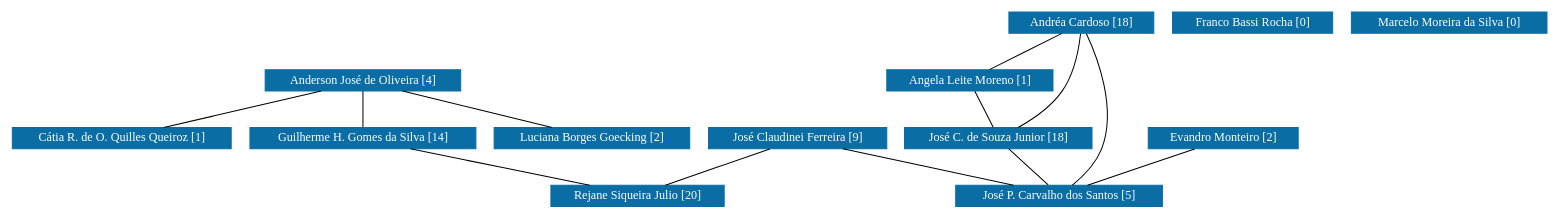
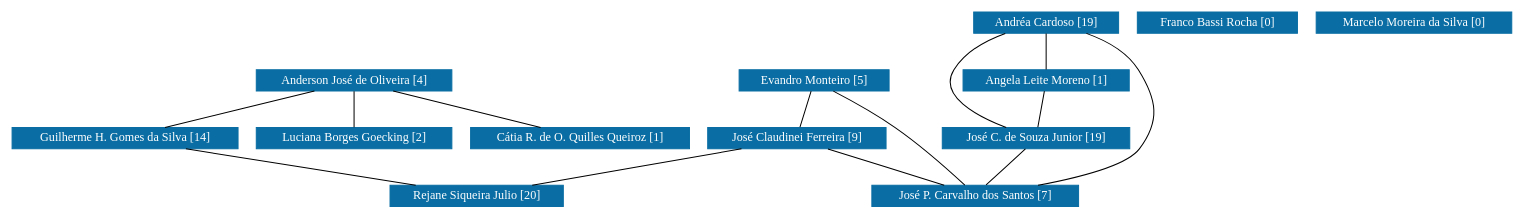
The diagram in dm/grafoDeColaboracoesSemPesos.dot (icamps/unifal-lattes.github.io), drawn with Graphviz before and after one commit. The commit also changed 868 other files, not shown here.

```diff
--- a/dm/grafoDeColaboracoesSemPesos.dot
+++ b/dm/grafoDeColaboracoesSemPesos.dot
@@ -1,114 +1,115 @@
 strict graph grafo1 {
-	graph [bb="0,0,1255.5,192",
+	graph [bb="0,0,1235.5,192",
 		id=grafo1,
 		overlap=False
 	];
 	node [fontsize=12,
 		label="\N",
 		shape=rectangle,
 		style=filled
 	];
 	0	 [URL="membro-1349156075777095.html",
 		color="#0A6EA4",
 		fontcolor="#FFFFFF",
 		height=0.29167,
 		label="Anderson José de Oliveira [4]",
-		pos="288.5,124.5",
+		pos="280.5,124.5",
 		width=2.1944];
 	3	 [URL="membro-0061488493893247.html",
 		color="#0A6EA4",
 		fontcolor="#FFFFFF",
 		height=0.29167,
 		label="Cátia R. de O. Quilles Queiroz [1]",
-		pos="89.5,67.5",
+		pos="467.5,67.5",
 		width=2.4861];
-	0 -- 3	 [pos="251.54,113.91 215.79,103.67 161.94,88.25 126.27,78.031"];
+	0 -- 3	 [pos="315.24,113.91 348.82,103.67 399.43,88.25 432.95,78.031"];
 	6	 [URL="membro-5817829882396943.html",
 		color="#0A6EA4",
 		fontcolor="#FFFFFF",
 		height=0.29167,
 		label="Guilherme H. Gomes da Silva [14]",
-		pos="288.5,67.5",
+		pos="91.5,67.5",
 		width=2.5417];
-	0 -- 6	 [pos="288.5,113.78 288.5,103.59 288.5,88.348 288.5,78.173"];
+	0 -- 6	 [pos="245.39,113.91 211.45,103.67 160.3,88.25 126.42,78.031"];
 	10	 [URL="membro-4139948635593421.html",
 		color="#0A6EA4",
 		fontcolor="#FFFFFF",
 		height=0.29167,
 		label="Luciana Borges Goecking [2]",
-		pos="477.5,67.5",
+		pos="280.5,67.5",
 		width=2.1944];
-	0 -- 10	 [pos="323.61,113.91 357.55,103.67 408.7,88.25 442.58,78.031"];
+	0 -- 10	 [pos="280.5,113.78 280.5,103.59 280.5,88.348 280.5,78.173"];
 	12	 [URL="membro-1798884495942862.html",
 		color="#0A6EA4",
 		fontcolor="#FFFFFF",
 		height=0.29167,
 		label="Rejane Siqueira Julio [20]",
-		pos="517.5,10.5",
+		pos="385.5,10.5",
 		width=1.9306];
-	6 -- 12	 [pos="330.77,56.979 371.87,46.75 433.95,31.297 475.09,21.056"];
+	6 -- 12	 [pos="145.77,56.979 198.53,46.75 278.23,31.297 331.05,21.056"];
 	1	 [URL="membro-6016565950437007.html",
 		color="#0A6EA4",
 		fontcolor="#FFFFFF",
 		height=0.29167,
-		label="Andréa Cardoso [18]",
-		pos="878.5,181.5",
+		label="Andréa Cardoso [19]",
+		pos="858.5,181.5",
 		width=1.625];
 	2	 [URL="membro-5106302431642025.html",
 		color="#0A6EA4",
 		fontcolor="#FFFFFF",
 		height=0.29167,
 		label="Angela Leite Moreno [1]",
-		pos="782.5,124.5",
+		pos="858.5,124.5",
 		width=1.875];
-	1 -- 2	 [pos="860.44,170.78 843.28,160.59 817.61,145.35 800.48,135.17"];
+	1 -- 2	 [pos="858.5,170.78 858.5,160.59 858.5,145.35 858.5,135.17"];
 	7	 [URL="membro-1690570104837528.html",
 		color="#0A6EA4",
 		fontcolor="#FFFFFF",
 		height=0.29167,
-		label="José C. de Souza Junior [18]",
-		pos="812.5,67.5",
+		label="José C. de Souza Junior [19]",
+		pos="850.5,67.5",
 		width=2.1111];
-	1 -- 7	 [pos="877.21,170.78 875.17,156.87 870.26,132.25 859.5,114 851.11,99.76 837.29,86.827 826.8,78.237"];
+	1 -- 7	 [pos="826.98,170.86 810.59,163.53 792.03,152 782.5,135 769.16,111.2 800.82,90.194 825.3,78.167"];
 	9	 [URL="membro-9393213180145144.html",
 		color="#0A6EA4",
 		fontcolor="#FFFFFF",
 		height=0.29167,
-		label="José P. Carvalho dos Santos [5]",
-		pos="864.5,10.5",
+		label="José P. Carvalho dos Santos [7]",
+		pos="798.5,10.5",
 		width=2.3056];
-	1 -- 9	 [pos="883.29,170.92 892.46,149.12 910.52,97.831 897.5,57 893.11,43.23 882.99,30.042 875.11,21.251"];
-	2 -- 7	 [pos="788.14,113.78 793.51,103.59 801.53,88.348 806.88,78.173"];
-	7 -- 9	 [pos="822.28,56.779 831.58,46.588 845.48,31.348 854.76,21.173"];
+	1 -- 9	 [pos="890.42,170.96 907.03,163.67 925.83,152.14 935.5,135 952.54,104.81 955.69,85.178 935.5,57 925,42.351 883.23,29.514 848.54,21.061"];
+	2 -- 7	 [pos="857,113.78 855.56,103.59 853.43,88.348 852,78.173"];
+	7 -- 9	 [pos="840.72,56.779 831.42,46.588 817.52,31.348 808.24,21.173"];
 	4	 [URL="membro-3089568911577519.html",
 		color="#0A6EA4",
 		fontcolor="#FFFFFF",
 		height=0.29167,
-		label="Evandro Monteiro [2]",
-		pos="1004.5,67.5",
+		label="Evandro Monteiro [5]",
+		pos="660.5,124.5",
 		width=1.6667];
-	4 -- 9	 [pos="978.5,56.912 953.35,46.674 915.46,31.25 890.37,21.031"];
-	5	 [URL="membro-0165435409542220.html",
-		color="#0A6EA4",
-		fontcolor="#FFFFFF",
-		height=0.29167,
-		label="Franco Bassi Rocha [0]",
-		pos="1019.5,181.5",
-		width=1.7778];
+	4 -- 9	 [pos="677.26,113.9 691.13,104.89 711.14,91.322 727.5,78 750.45,59.313 775,34.845 788.38,21.088"];
 	8	 [URL="membro-6808752952332925.html",
 		color="#0A6EA4",
 		fontcolor="#FFFFFF",
 		height=0.29167,
 		label="José Claudinei Ferreira [9]",
 		pos="646.5,67.5",
 		width=1.9861];
-	8 -- 12	 [pos="622.54,56.912 599.37,46.674 564.46,31.25 541.33,21.031"];
-	8 -- 9	 [pos="686.74,56.979 725.86,46.75 784.96,31.297 824.13,21.056"];
+	4 -- 8	 [pos="657.87,113.78 655.36,103.59 651.62,88.348 649.12,78.173"];
+	8 -- 12	 [pos="598.32,56.979 551.48,46.75 480.73,31.297 433.84,21.056"];
+	8 -- 9	 [pos="674.73,56.912 702.04,46.674 743.17,31.25 770.42,21.031"];
+	5	 [URL="membro-0165435409542220.html",
+		color="#0A6EA4",
+		fontcolor="#FFFFFF",
+		height=0.29167,
+		label="Franco Bassi Rocha [0]",
+		pos="999.5,181.5",
+		width=1.7778];
 	11	 [URL="membro-6715092420026095.html",
 		color="#0A6EA4",
 		fontcolor="#FFFFFF",
 		height=0.29167,
 		label="Marcelo Moreira da Silva [0]",
-		pos="1178.5,181.5",
+		pos="1158.5,181.5",
 		width=2.1389];
 }
```
